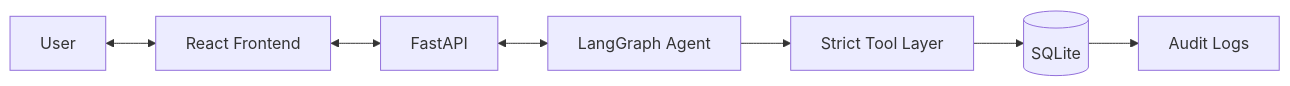
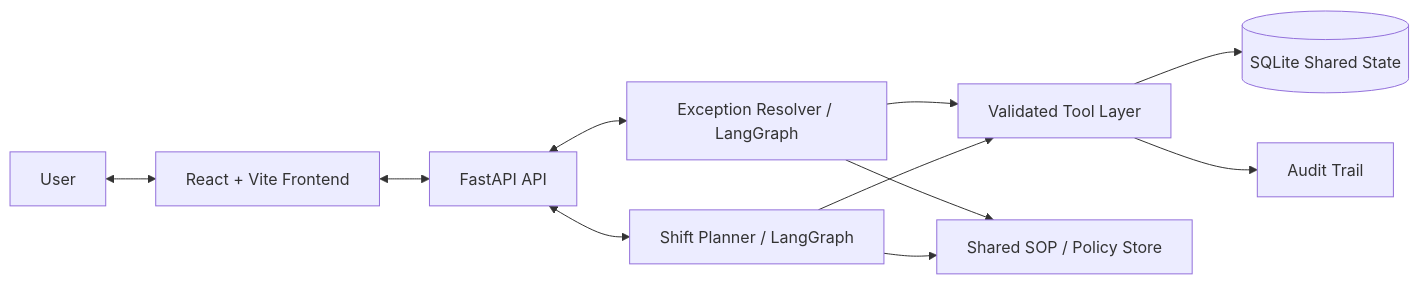
One commit to teju5479/agentic-ai-warehouse changed the diagram in README.md. Above: the diagram before and after it, drawn with Mermaid. The commit also changed other lines of this file, not shown here.

````diff
--- a/README.md
+++ b/README.md
@@ -11,9 +12,13 @@
 ```mermaid
 flowchart LR
-    User <--> Frontend[React Frontend]
-    Frontend <--> API[FastAPI]
-    API <--> Agent[LangGraph Agent]
-    Agent --> Tools[Strict Tool Layer]
-    Tools --> DB[(SQLite)]
-    DB --> Audit[Audit Logs]
+    User <--> Frontend[React + Vite Frontend]
+    Frontend <--> API[FastAPI API]
+    API <--> Resolver[Exception Resolver / LangGraph]
+    API <--> Planner[Shift Planner / LangGraph]
+    Resolver --> Tools[Validated Tool Layer]
+    Planner --> Tools
+    Tools --> DB[(SQLite Shared State)]
+    Tools --> Audit[Audit Trail]
+    Resolver --> Policy[Shared SOP / Policy Store]
+    Planner --> Policy
 ```
````
